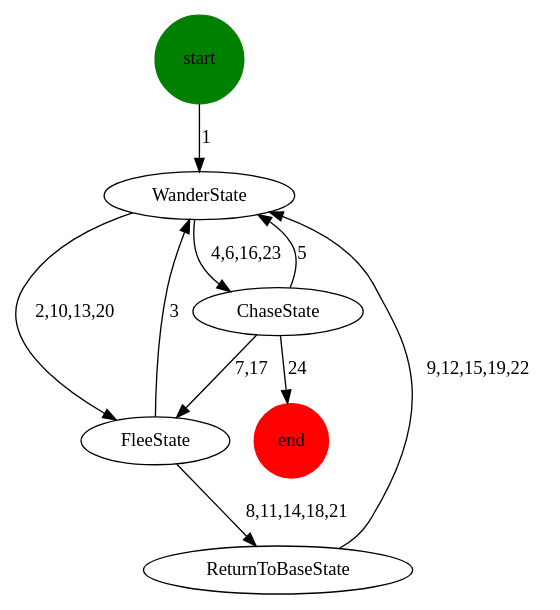
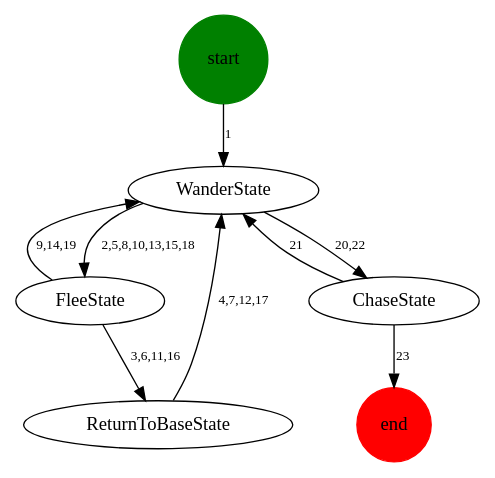
The diagram in example/dot_graph.gv (austingebauer/fsm-go), drawn with Graphviz before and after one commit. The commit also changed 1 other file, not shown here.

Commit message:
docs: update example of dot_graph.gv and generated diagram

```diff
--- a/example/dot_graph.gv
+++ b/example/dot_graph.gv
@@ -1,14 +1,13 @@
 
 strict digraph stategraph {
 	start [shape="circle", color="green", style="filled"]
 	end [shape="circle", color="red", style="filled"]
-	start -> WanderState [label="1"]
-	WanderState -> FleeState [label="2,10,13,20"]
-	WanderState -> ChaseState [label="4,6,16,23"]
-	FleeState -> WanderState [label="3"]
-	FleeState -> ReturnToBaseState [label="8,11,14,18,21"]
-	ChaseState -> WanderState [label="5"]
-	ChaseState -> FleeState [label="7,17"]
-	ChaseState -> end [label="24"]
-	ReturnToBaseState -> WanderState [label="9,12,15,19,22"]
+	start -> WanderState [label="1",fontsize=10]
+	WanderState -> FleeState [label="2,5,8,10,13,15,18",fontsize=10]
+	WanderState -> ChaseState [label="20,22",fontsize=10]
+	FleeState -> ReturnToBaseState [label="3,6,11,16",fontsize=10]
+	FleeState -> WanderState [label="9,14,19",fontsize=10]
+	ReturnToBaseState -> WanderState [label="4,7,12,17",fontsize=10]
+	ChaseState -> WanderState [label="21",fontsize=10]
+	ChaseState -> end [label="23",fontsize=10]
 }
```
